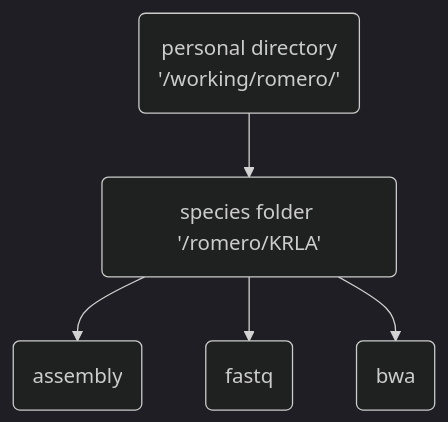
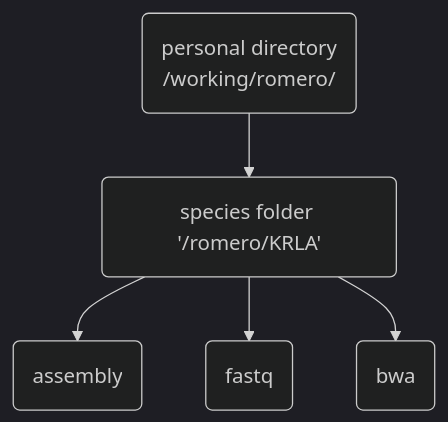
Before and after one commit to tparchman/lab: the diagram in KRLA_lab_meetings_workflow/README.md, drawn with Mermaid (dark theme).

````diff
--- a/KRLA_lab_meetings_workflow/README.md
+++ b/KRLA_lab_meetings_workflow/README.md
@@ -35,7 +35,7 @@
 ```mermaid
 flowchart TD;
-    A(personal directory <br> '/working/romero/') --> B(species folder '/romero/KRLA')
+    A(personal directory <br> /working/romero/) --> B(species folder '/romero/KRLA')
     B --> C(assembly)
     B --> D(fastq)
     B --> E(bwa)
 ```
````
